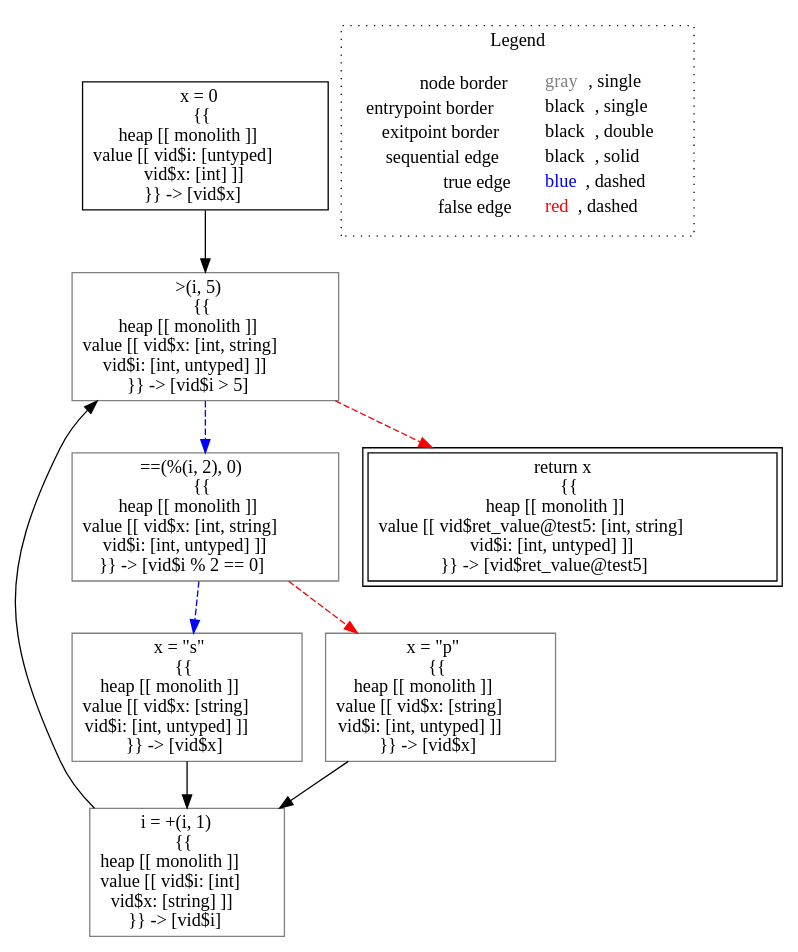
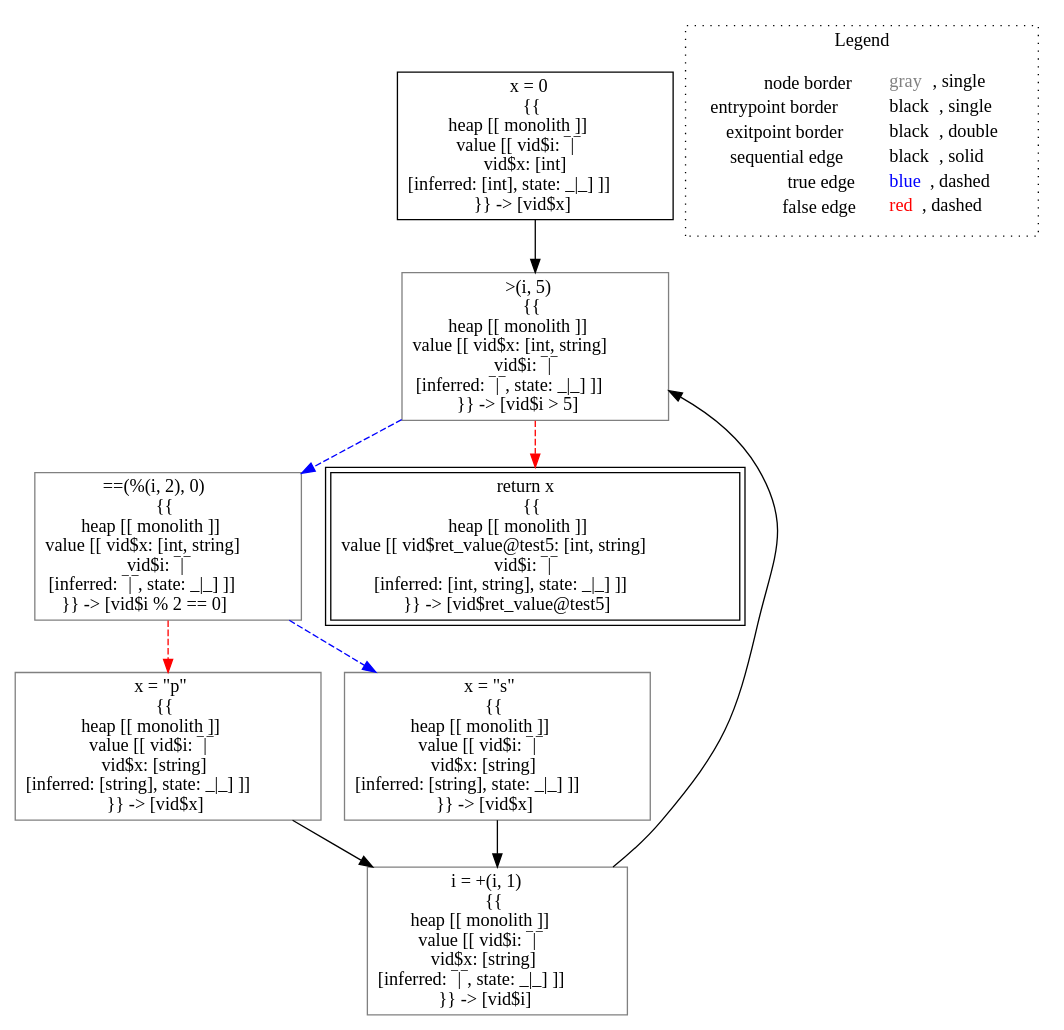
Before and after one commit to lisa-analyzer/lisa: the diagram in lisa/imp-testcases/type-inference/typing___untyped_typing.test5(untyped_i).dot, drawn with Graphviz. The commit also changed 6 other files, not shown here.

```diff
--- a/lisa/imp-testcases/type-inference/typing___untyped_typing.test5(untyped_i).dot
+++ b/lisa/imp-testcases/type-inference/typing___untyped_typing.test5(untyped_i).dot
@@ -1,24 +1,24 @@
 digraph {
-	"node0" [shape="rect",color="black",label=<x = 0<BR/>{{<BR/>heap [[ monolith ]]<BR/>value [[ vid$i: [untyped]<BR/>vid$x: [int] ]]<BR/>}} -&gt; [vid$x]>];
-	"node1" [shape="rect",color="gray",label=<==(%(i, 2), 0)<BR/>{{<BR/>heap [[ monolith ]]<BR/>value [[ vid$x: [int, string]<BR/>vid$i: [int, untyped] ]]<BR/>}} -&gt; [vid$i % 2 == 0]>];
-	"node2" [shape="rect",color="gray",label=<x = &quot;s&quot;<BR/>{{<BR/>heap [[ monolith ]]<BR/>value [[ vid$x: [string]<BR/>vid$i: [int, untyped] ]]<BR/>}} -&gt; [vid$x]>];
-	"node3" [shape="rect",color="gray",label=<x = &quot;p&quot;<BR/>{{<BR/>heap [[ monolith ]]<BR/>value [[ vid$x: [string]<BR/>vid$i: [int, untyped] ]]<BR/>}} -&gt; [vid$x]>];
-	"node4" [shape="rect",color="gray",label=<i = +(i, 1)<BR/>{{<BR/>heap [[ monolith ]]<BR/>value [[ vid$i: [int]<BR/>vid$x: [string] ]]<BR/>}} -&gt; [vid$i]>];
-	"node5" [shape="rect",color="black",peripheries="2",label=<return x<BR/>{{<BR/>heap [[ monolith ]]<BR/>value [[ vid$ret_value@test5: [int, string]<BR/>vid$i: [int, untyped] ]]<BR/>}} -&gt; [vid$ret_value@test5]>];
-	"node6" [shape="rect",color="gray",label=<&gt;(i, 5)<BR/>{{<BR/>heap [[ monolith ]]<BR/>value [[ vid$x: [int, string]<BR/>vid$i: [int, untyped] ]]<BR/>}} -&gt; [vid$i &gt; 5]>];
-	"node0" -> "node6" [color="black"];
-	"node1" -> "node2" [color="blue",style="dashed"];
-	"node1" -> "node3" [color="red",style="dashed"];
-	"node2" -> "node4" [color="black"];
-	"node3" -> "node4" [color="black"];
-	"node4" -> "node6" [color="black"];
-	"node6" -> "node1" [color="blue",style="dashed"];
-	"node6" -> "node5" [color="red",style="dashed"];
+	"node0" [shape="rect",color="black",label=<x = 0<BR/>{{<BR/>heap [[ monolith ]]<BR/>value [[ vid$i: &oline;|&oline;<BR/>vid$x: [int]<BR/>[inferred: [int], state: _|_] ]]<BR/>}} -&gt; [vid$x]>];
+	"node1" [shape="rect",color="gray",label=<&gt;(i, 5)<BR/>{{<BR/>heap [[ monolith ]]<BR/>value [[ vid$x: [int, string]<BR/>vid$i: &oline;|&oline;<BR/>[inferred: &oline;|&oline;, state: _|_] ]]<BR/>}} -&gt; [vid$i &gt; 5]>];
+	"node2" [shape="rect",color="gray",label=<i = +(i, 1)<BR/>{{<BR/>heap [[ monolith ]]<BR/>value [[ vid$i: &oline;|&oline;<BR/>vid$x: [string]<BR/>[inferred: &oline;|&oline;, state: _|_] ]]<BR/>}} -&gt; [vid$i]>];
+	"node3" [shape="rect",color="gray",label=<==(%(i, 2), 0)<BR/>{{<BR/>heap [[ monolith ]]<BR/>value [[ vid$x: [int, string]<BR/>vid$i: &oline;|&oline;<BR/>[inferred: &oline;|&oline;, state: _|_] ]]<BR/>}} -&gt; [vid$i % 2 == 0]>];
+	"node4" [shape="rect",color="gray",label=<x = &quot;p&quot;<BR/>{{<BR/>heap [[ monolith ]]<BR/>value [[ vid$i: &oline;|&oline;<BR/>vid$x: [string]<BR/>[inferred: [string], state: _|_] ]]<BR/>}} -&gt; [vid$x]>];
+	"node5" [shape="rect",color="black",peripheries="2",label=<return x<BR/>{{<BR/>heap [[ monolith ]]<BR/>value [[ vid$ret_value@test5: [int, string]<BR/>vid$i: &oline;|&oline;<BR/>[inferred: [int, string], state: _|_] ]]<BR/>}} -&gt; [vid$ret_value@test5]>];
+	"node6" [shape="rect",color="gray",label=<x = &quot;s&quot;<BR/>{{<BR/>heap [[ monolith ]]<BR/>value [[ vid$i: &oline;|&oline;<BR/>vid$x: [string]<BR/>[inferred: [string], state: _|_] ]]<BR/>}} -&gt; [vid$x]>];
+	"node1" -> "node3" [color="blue",style="dashed"];
+	"node1" -> "node5" [color="red",style="dashed"];
+	"node2" -> "node1" [color="black"];
+	"node3" -> "node4" [color="red",style="dashed"];
+	"node3" -> "node6" [color="blue",style="dashed"];
+	"node4" -> "node2" [color="black"];
+	"node6" -> "node2" [color="black"];
+	"node0" -> "node1" [color="black"];
 subgraph cluster_legend {
 	label="Legend";
 	style=dotted;
 	node [shape=plaintext];
 	"legend" [label=<<table border="0" cellpadding="2" cellspacing="0" cellborder="0"><tr><td align="right">node border&nbsp;</td><td align="left"><font color="gray">gray</font>, single</td></tr><tr><td align="right">entrypoint border&nbsp;</td><td align="left"><font color="black">black</font>, single</td></tr><tr><td align="right">exitpoint border&nbsp;</td><td align="left"><font color="black">black</font>, double</td></tr><tr><td align="right">sequential edge&nbsp;</td><td align="left"><font color="black">black</font>, solid</td></tr><tr><td align="right">true edge&nbsp;</td><td align="left"><font color="blue">blue</font>, dashed</td></tr><tr><td align="right">false edge&nbsp;</td><td align="left"><font color="red">red</font>, dashed</td></tr></table>>];
 }
 
 }
```
